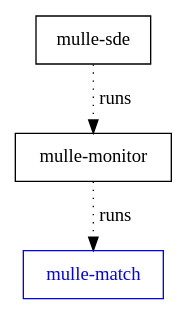
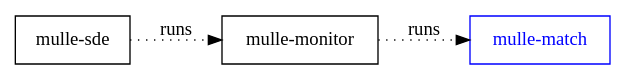
One commit to mulle-sde/mulle-match changed the diagram in dox/mulle-sde-overview.dot. Above: the diagram before and after it, drawn with Graphviz. The commit also changed 7 other files, not shown here.

```diff
--- a/dox/mulle-sde-overview.dot
+++ b/dox/mulle-sde-overview.dot
@@ -1,9 +1,9 @@
 digraph G {
-    graph [rankdir = TD];
+    graph [rankdir = LR];
 
     node[shape=record];
 
     "mulle-sde" -> "mulle-monitor" [ label="runs", style="dotted"]
     "mulle-monitor" -> "mulle-match"  [ label="runs", style="dotted"]
     "mulle-match" [ color="blue", fontcolor="blue"]
 }
```
